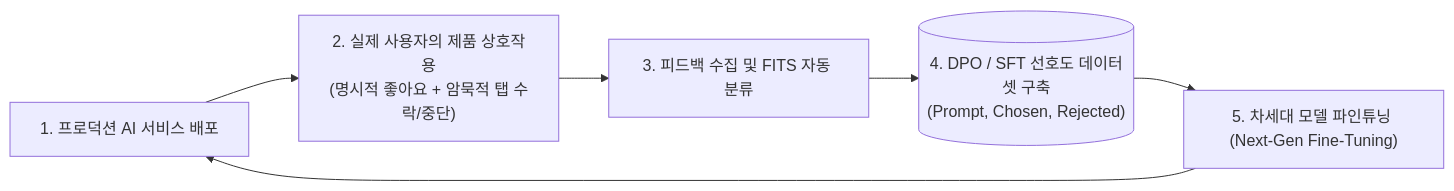
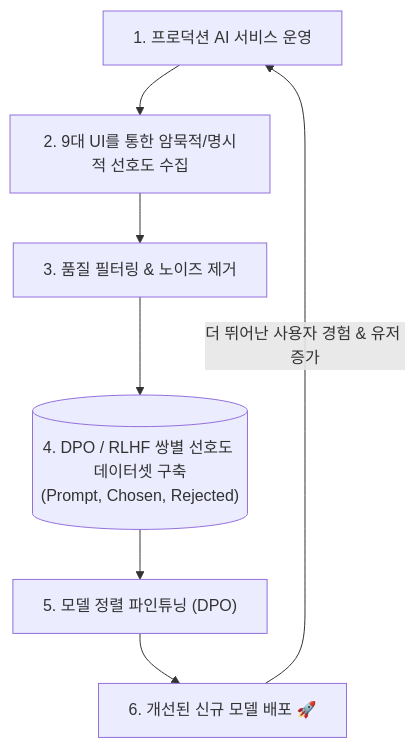
The third of 3 diagrams in chapter-qa/ch10-architecture-and-feedback-qa/03-user-feedback-flywheel-and-ui-mechanisms.md (sing-u8/AI-Engineering), drawn with Mermaid before and after one commit. The commit also changed other lines of this file and 11 other files, not shown here.

````diff
--- a/chapter-qa/ch10-architecture-and-feedback-qa/03-user-feedback-flywheel-and-ui-mechanisms.md
+++ b/chapter-qa/ch10-architecture-and-feedback-qa/03-user-feedback-flywheel-and-ui-mechanisms.md
@@ -40,8 +104,9 @@
 ```mermaid
-flowchart LR
-    Deploy["1. 프로덕션 AI 서비스 배포"] --> UserAct["2. 실제 사용자의 제품 상호작용\n(명시적 좋아요 + 암묵적 탭 수락/중단)"]
-    UserAct --> Collect["3. 피드백 수집 및 FITS 자동 분류"]
-    Collect --> PrefData[("4. DPO / SFT 선호도 데이터셋 구축\n(Prompt, Chosen, Rejected)")]
-    PrefData --> ReTrain["5. 차세대 모델 파인튜닝 (Next-Gen Fine-Tuning)"]
-    ReTrain --> Deploy
+flowchart TD
+    App["1. 프로덕션 AI 서비스 운영"] --> Collect["2. 9대 UI를 통한 암묵적/명시적 선호도 수집"]
+    Collect --> Filter["3. 품질 필터링 & 노이즈 제거"]
+    Filter --> DPO_Data[("4. DPO / RLHF 쌍별 선호도 데이터셋 구축\n(Prompt, Chosen, Rejected)")]
+    DPO_Data --> Train["5. 모델 정렬 파인튜닝 (DPO)"]
+    Train --> Deploy["6. 개선된 신규 모델 배포 🚀"]
+    Deploy -->|더 뛰어난 사용자 경험 & 유저 증가| App
 ```
````
